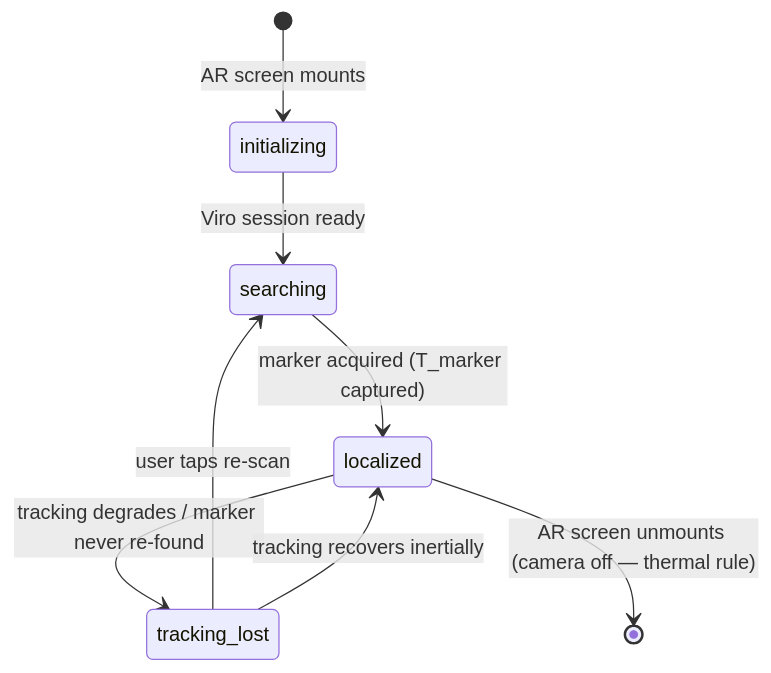
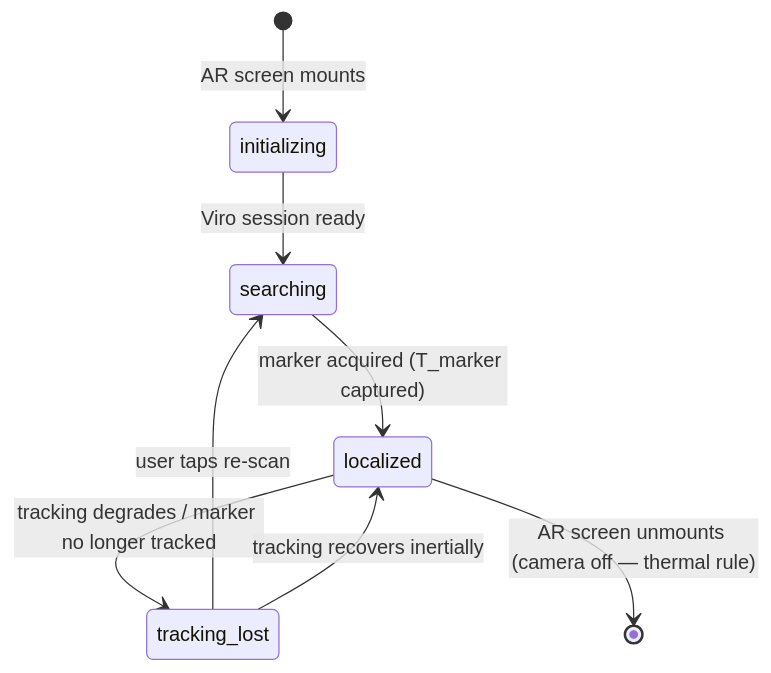
Before and after one commit to Vaibtan/CodexWars: the eighth of 8 diagrams in ARCHITECTURE.md, drawn with Mermaid. The commit also changed other lines of this file and 7 other files, not shown here.

````diff
--- a/ARCHITECTURE.md
+++ b/ARCHITECTURE.md
@@ -229,10 +229,10 @@
 ```mermaid
 stateDiagram-v2
     [*] --> initializing: AR screen mounts
     initializing --> searching: Viro session ready
     searching --> localized: marker acquired (T_marker captured)
-    localized --> tracking_lost: tracking degrades / marker never re-found
+    localized --> tracking_lost: tracking degrades / marker no longer tracked
     tracking_lost --> searching: user taps re-scan
     tracking_lost --> localized: tracking recovers inertially
     localized --> [*]: AR screen unmounts (camera off — thermal rule)
 ```
````
